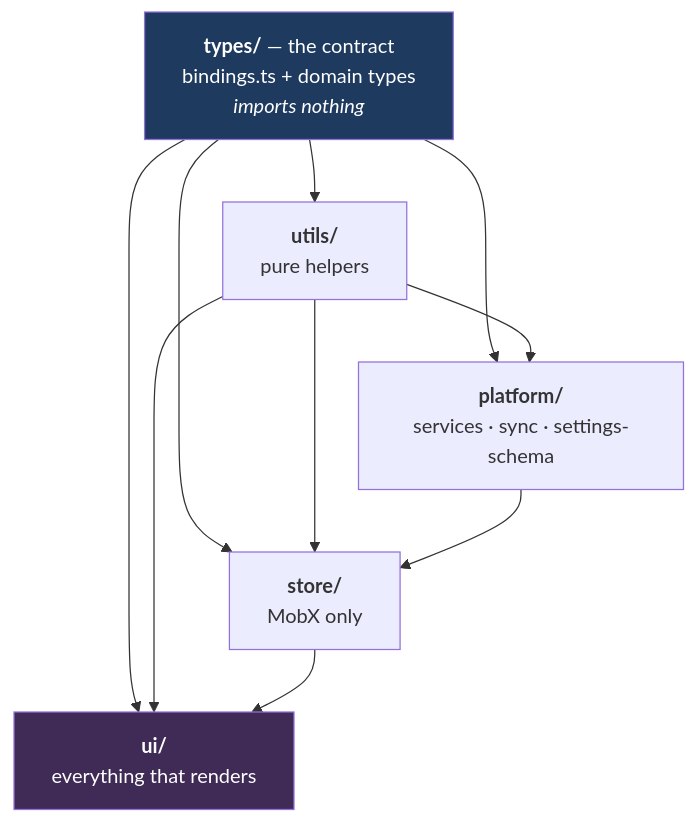
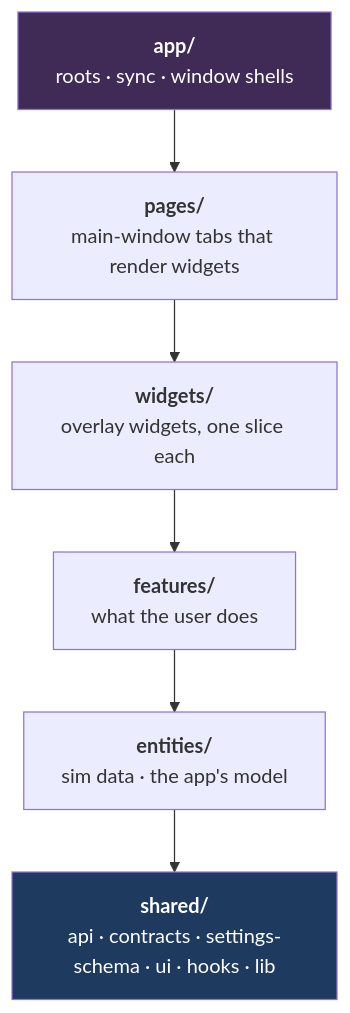
One commit to mvoof/Marble-Trace changed the tenth of 22 diagrams in docs/architecture.md. Above: the diagram before and after it, drawn with Mermaid. The commit also changed other lines of this file and 1582 other files, not shown here.

````diff
--- a/docs/architecture.md
+++ b/docs/architecture.md
@@ -704,21 +708,14 @@
 ```mermaid
 flowchart TB
-    TYPES["<b>types/</b> — the contract<br/>bindings.ts + domain types<br/><i>imports nothing</i>"]
-    UTILS["<b>utils/</b><br/>pure helpers"]
-    PLATFORM["<b>platform/</b><br/>services · sync · settings-schema"]
-    STORE["<b>store/</b><br/>MobX only"]
-    UI["<b>ui/</b><br/>everything that renders"]
+    APP["<b>app/</b><br/>roots · sync · window shells"]
+    PAGES["<b>pages/</b><br/>main-window tabs that render widgets"]
+    WIDGETS["<b>widgets/</b><br/>overlay widgets, one slice each"]
+    FEATURES["<b>features/</b><br/>what the user does"]
+    ENTITIES["<b>entities/</b><br/>sim data · the app's model"]
+    SHARED["<b>shared/</b><br/>api · contracts · settings-schema · ui · hooks · lib"]
 
-    TYPES --> UTILS
-    TYPES --> PLATFORM
-    TYPES --> STORE
-    TYPES --> UI
-    UTILS --> PLATFORM
-    UTILS --> STORE
-    UTILS --> UI
-    PLATFORM --> STORE
-    STORE --> UI
+    APP --> PAGES --> WIDGETS --> FEATURES --> ENTITIES --> SHARED
 
-    style TYPES fill:#1e3a5f,color:#fff
-    style UI fill:#3f2b56,color:#fff
+    style SHARED fill:#1e3a5f,color:#fff
+    style APP fill:#3f2b56,color:#fff
 ```
````
